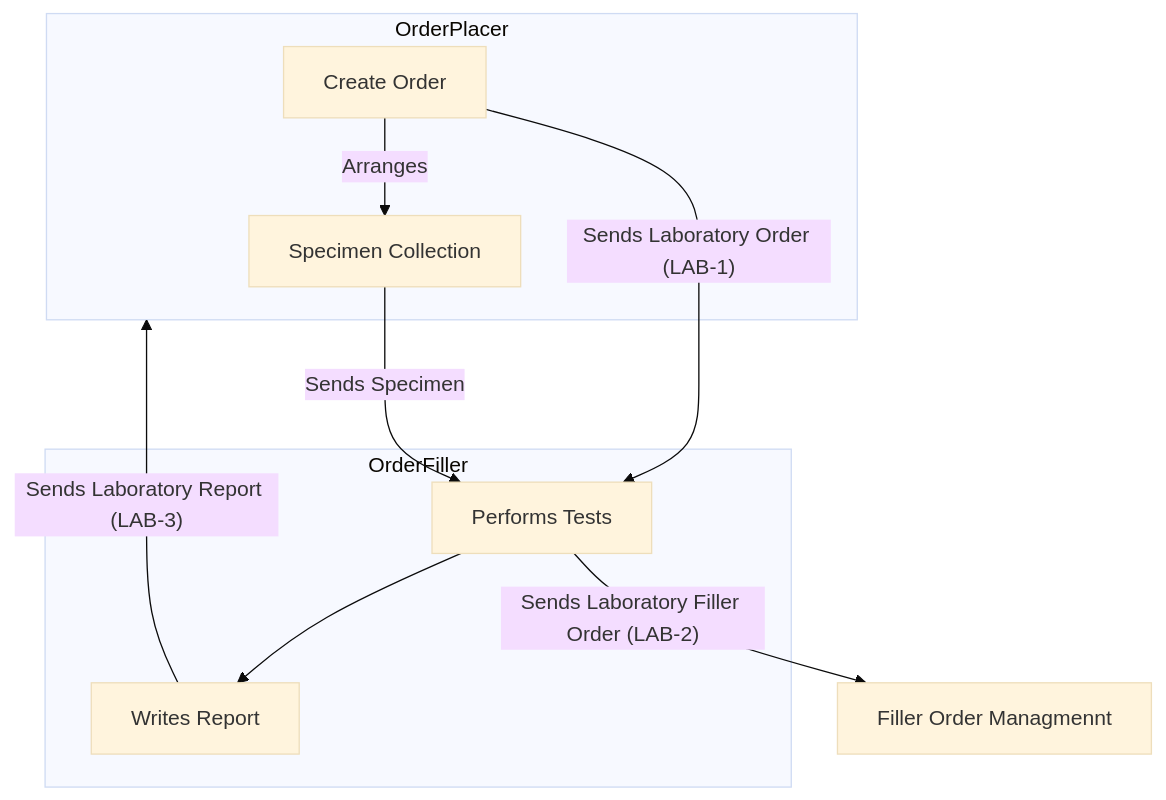
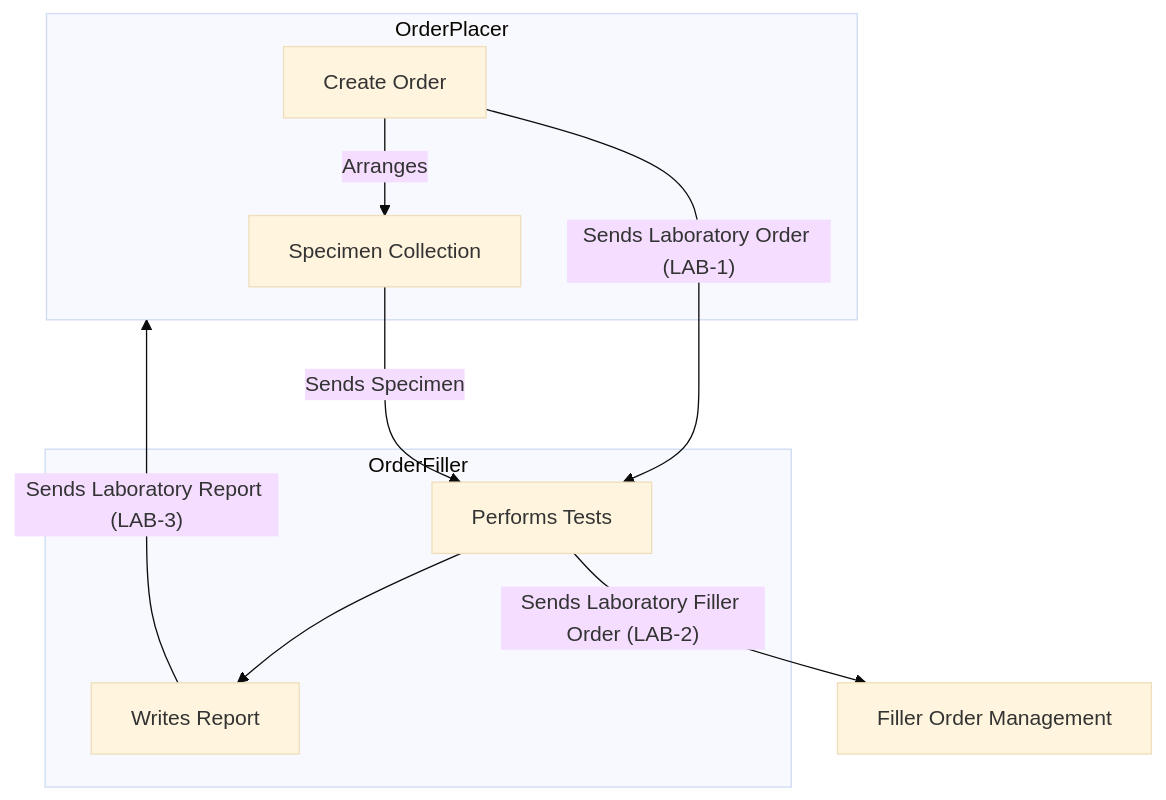
The second of 15 diagrams in input/pagecontent/LTW.md (nw-gmsa/nw-gmsa.github.com), drawn with Mermaid (base theme) before and after one commit. The commit also changed other lines of this file and 18 other files, not shown here.

````diff
--- a/input/pagecontent/LTW.md
+++ b/input/pagecontent/LTW.md
@@ -54,18 +52,18 @@
 ```mermaid
 graph 
     subgraph OrderPlacer;
         T["Create Order "]
         T --> |Arranges| S[Specimen Collection] 
     end
     subgraph OrderFiller
         AN["Performs Tests"]
 
         AN --> P["Writes Report"];
     end
-    FM[Filler Order Managmennt]
+    FM[Filler Order Management]
 
     T --> |"Sends Laboratory Order (LAB-1)"| AN;
     S --> |Sends Specimen| AN;
     AN --> |"Sends Laboratory Filler Order (LAB-2)"| FM;
     P --> |"Sends Laboratory Report (LAB-3)"| OrderPlacer;
 ```
````
